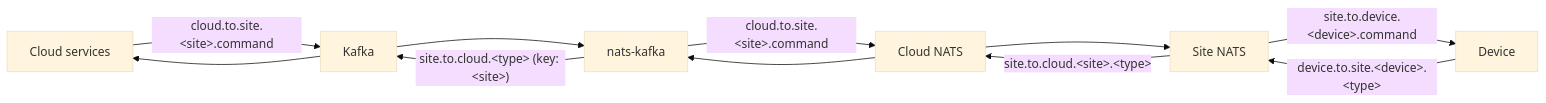
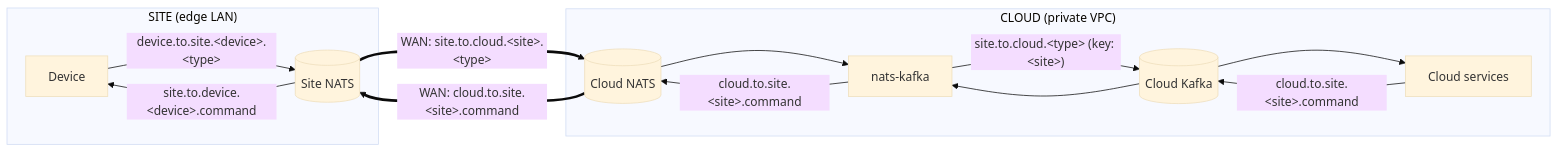
Before and after one commit to jinternals/nats-demo: the diagram in docs/naming.md, drawn with Mermaid (base theme). The commit also changed 1 other file, not shown here.

Commit message:
Refine docs/index.html geometry, sequence animations, light theme, and align docs/naming.md diagram

````diff
--- a/docs/naming.md
+++ b/docs/naming.md
@@ -17,21 +17,25 @@
 ```mermaid
 flowchart LR
-  svc["Cloud services"]
-  kf["Kafka"]
-  br["nats-kafka"]
-  hub["Cloud NATS"]
-  site["Site NATS"]
-  dev["Device"]
+  subgraph siteBox["SITE (edge LAN)"]
+    dev["Device"]
+    site[("Site NATS")]
+    dev -- "device.to.site.&lt;device&gt;.&lt;type&gt;" --> site
+    site -- "site.to.device.&lt;device&gt;.command" --> dev
+  end
 
-  svc -- "cloud.to.site.&lt;site&gt;.command" --> kf
-  kf --> br
-  br -- "cloud.to.site.&lt;site&gt;.command" --> hub
-  hub --> site
-  site -- "site.to.device.&lt;device&gt;.command" --> dev
+  subgraph cloudBox["CLOUD (private VPC)"]
+    hub[("Cloud NATS")]
+    br["nats-kafka"]
+    kf[("Cloud Kafka")]
+    svc["Cloud services"]
+    hub --> br
+    br -- "site.to.cloud.&lt;type&gt; (key: &lt;site&gt;)" --> kf
+    kf --> svc
+    svc -- "cloud.to.site.&lt;site&gt;.command" --> kf
+    kf --> br
+    br -- "cloud.to.site.&lt;site&gt;.command" --> hub
+  end
 
-  dev -- "device.to.site.&lt;device&gt;.&lt;type&gt;" --> site
-  site -- "site.to.cloud.&lt;site&gt;.&lt;type&gt;" --> hub
-  hub --> br
-  br -- "site.to.cloud.&lt;type&gt; (key: &lt;site&gt;)" --> kf
-  kf --> svc
+  site == "WAN: site.to.cloud.&lt;site&gt;.&lt;type&gt;" ==> hub
+  hub == "WAN: cloud.to.site.&lt;site&gt;.command" ==> site
 ```
````
